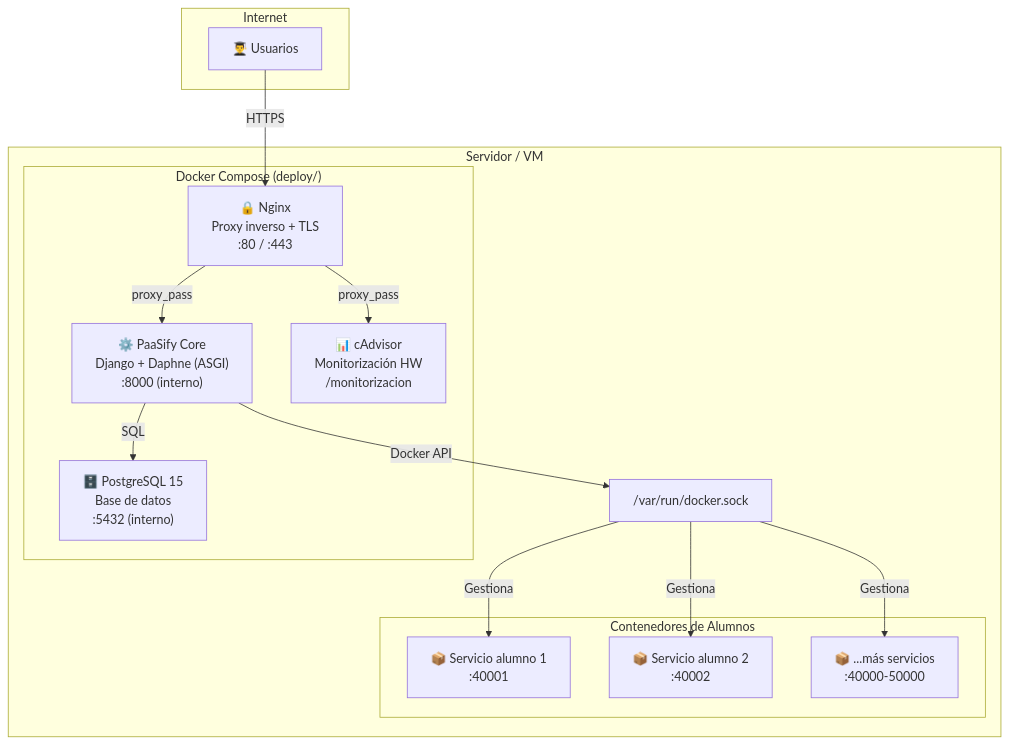
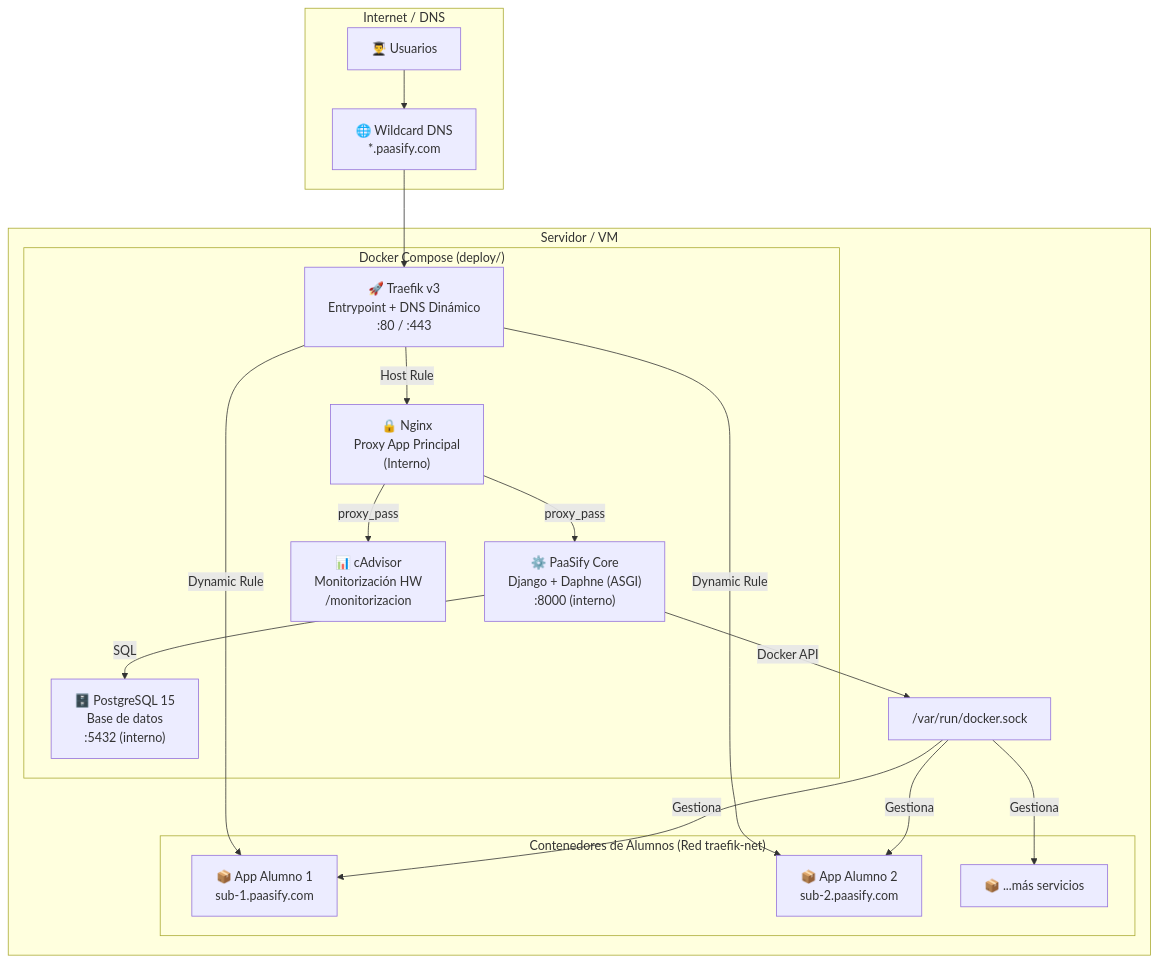
Before and after one commit to DavidRG25/TFG_APP_DOCKER-PASSIFY: the diagram in docs/DEPLOYMENT.md, drawn with Mermaid. The commit also changed other lines of this file and 36 other files, not shown here.

````diff
--- a/docs/DEPLOYMENT.md
+++ b/docs/DEPLOYMENT.md
@@ -63,32 +63,38 @@
 ```mermaid
 graph TB
-    subgraph "Internet"
+    subgraph "Internet / DNS"
         USER["👨‍🎓 Usuarios"]
+        DNS["🌐 Wildcard DNS<br/>*.paasify.com"]
     end
 
     subgraph "Servidor / VM"
         subgraph "Docker Compose (deploy/)"
-            NGINX["🔒 Nginx<br/>Proxy inverso + TLS<br/>:80 / :443"]
+            TRAEFIK["🚀 Traefik v3<br/>Entrypoint + DNS Dinámico<br/>:80 / :443"]
+            NGINX["🔒 Nginx<br/>Proxy App Principal<br/>(Interno)"]
             APP["⚙️ PaaSify Core<br/>Django + Daphne (ASGI)<br/>:8000 (interno)"]
             DB["🗄️ PostgreSQL 15<br/>Base de datos<br/>:5432 (interno)"]
             CADV["📊 cAdvisor<br/>Monitorización HW<br/>/monitorizacion"]
         end
 
-        subgraph "Contenedores de Alumnos"
-            C1["📦 Servicio alumno 1<br/>:40001"]
-            C2["📦 Servicio alumno 2<br/>:40002"]
-            CN["📦 ...más servicios<br/>:40000-50000"]
+        subgraph "Contenedores de Alumnos (Red traefik-net)"
+            C1["📦 App Alumno 1<br/>sub-1.paasify.com"]
+            C2["📦 App Alumno 2<br/>sub-2.paasify.com"]
+            CN["📦 ...más servicios"]
         end
 
         SOCK["/var/run/docker.sock"]
     end
 
-    USER -->|HTTPS| NGINX
+    USER --> DNS
+    DNS --> TRAEFIK
+    TRAEFIK -->|Host Rule| NGINX
+    TRAEFIK -->|Dynamic Rule| C1
+    TRAEFIK -->|Dynamic Rule| C2
     NGINX -->|proxy_pass| APP
     NGINX -->|proxy_pass| CADV
     APP -->|SQL| DB
     APP -->|Docker API| SOCK
     SOCK -->|Gestiona| C1
     SOCK -->|Gestiona| C2
     SOCK -->|Gestiona| CN
 ```
````
